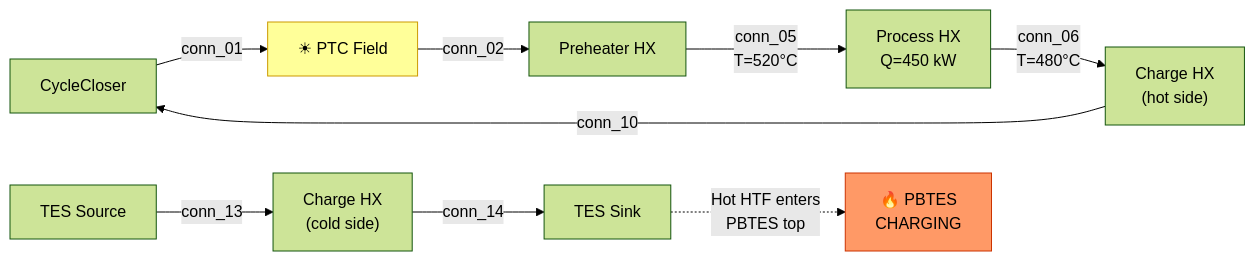
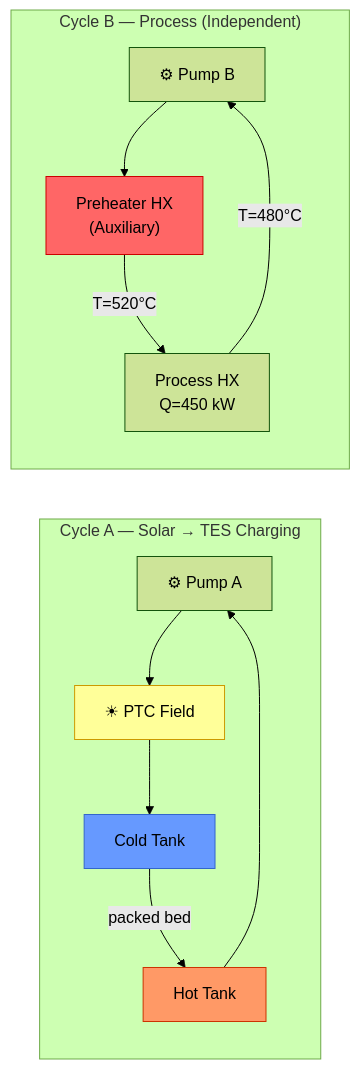
Before and after one commit to iwolde/pbtes-sim: diagram 16 of 17 in insumos paper/PLANT_LAYOUTS_AND_MODES.md, drawn with Mermaid (forest theme). The commit also changed other lines of this file and 1 other file, not shown here.

Commit message:
docs: Rewrite plant layouts with corrected Mode 5, 2-tank direct, pumps

````diff
--- a/insumos paper/PLANT_LAYOUTS_AND_MODES.md
+++ b/insumos paper/PLANT_LAYOUTS_AND_MODES.md
@@ -481,16 +532,20 @@
 ```mermaid
 graph LR
-    CC["CycleCloser"] -->|conn_01| PTC["☀ PTC Field"]
-    PTC -->|conn_02| PH["Preheater HX"]
-    PH -->|conn_05<br/>T=520°C| PR["Process HX<br/>Q=450 kW"]
-    PR -->|conn_06<br/>T=480°C| CHX_H["Charge HX<br/>(hot side)"]
-    CHX_H -->|conn_10| CC
+    subgraph "Cycle A — Solar → TES Charging"
+        P1A["⚙ Pump A"] --> PTC["☀ PTC Field"]
+        PTC --> CT["Cold Tank"]
+        CT -->|"packed bed"| HT["Hot Tank"]
+        HT --> P1A
+    end
 
-    SRC["TES Source"] -->|conn_13| CHX_C["Charge HX<br/>(cold side)"]
-    CHX_C -->|conn_14| SNK["TES Sink"]
-
-    SNK -.->|"Hot HTF enters<br/>PBTES top"| PBTES["🔥 PBTES<br/>CHARGING"]
+    subgraph "Cycle B — Process (Independent)"
+        P1B["⚙ Pump B"] --> PH["Preheater HX<br/>(Auxiliary)"]
+        PH -->|"T=520°C"| PR["Process HX<br/>Q=450 kW"]
+        PR -->|"T=480°C"| P1B
+    end
 
     style PTC fill:#ff9,stroke:#c90
-    style PBTES fill:#f96,stroke:#c30
+    style CT fill:#69f,stroke:#36c
+    style HT fill:#f96,stroke:#c30
+    style PH fill:#f66,stroke:#c00
 ```
````
